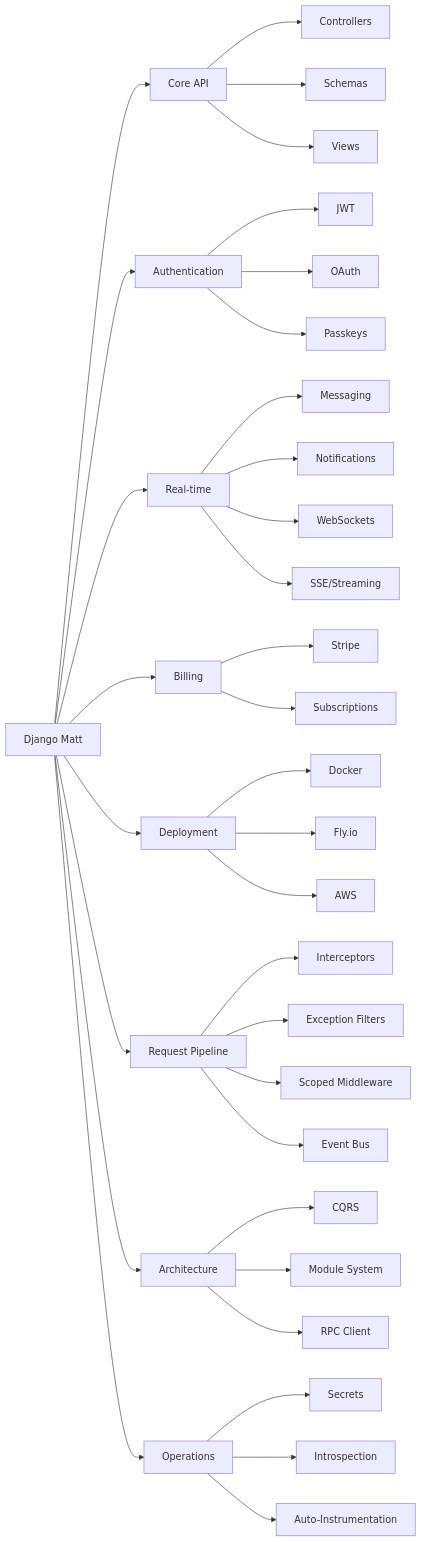
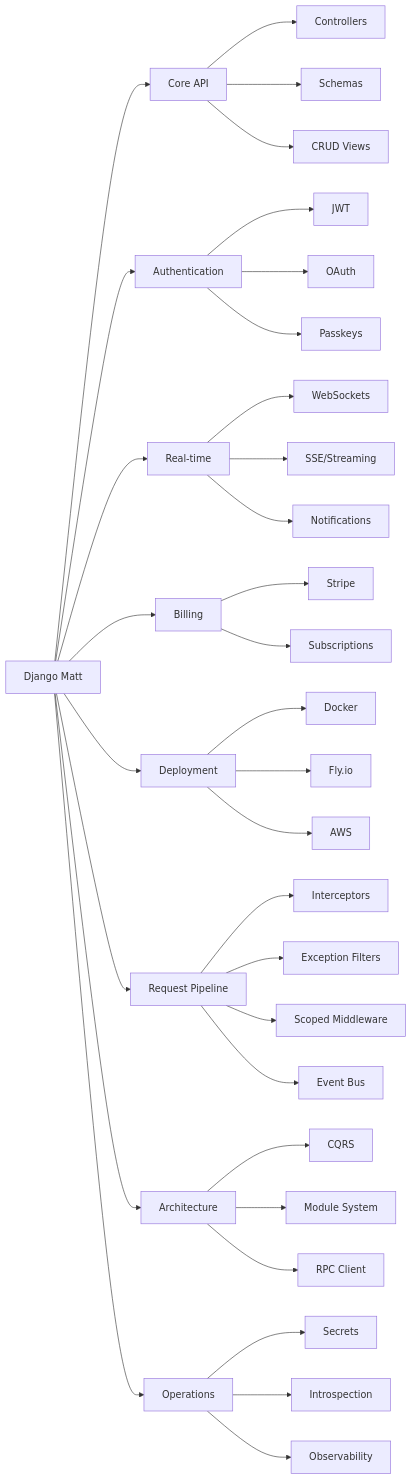
Before and after one commit to mattjaikaran/django-matt: the diagram in README.md, drawn with Mermaid. The commit also changed other lines of this file, not shown here.

````diff
--- a/README.md
+++ b/README.md
@@ -10,44 +12,43 @@
 ```mermaid
 graph LR
     A[Django Matt] --> B[Core API]
     A --> C[Authentication]
     A --> D[Real-time]
     A --> E[Billing]
     A --> F[Deployment]
     A --> G[Request Pipeline]
     A --> H[Architecture]
     A --> I[Operations]
 
     B --> B1[Controllers]
     B --> B2[Schemas]
-    B --> B3[Views]
+    B --> B3[CRUD Views]
 
     C --> C1[JWT]
     C --> C2[OAuth]
     C --> C3[Passkeys]
 
-    D --> D1[Messaging]
-    D --> D2[Notifications]
-    D --> D3[WebSockets]
-    D --> D4[SSE/Streaming]
+    D --> D1[WebSockets]
+    D --> D2[SSE/Streaming]
+    D --> D3[Notifications]
 
     E --> E1[Stripe]
     E --> E2[Subscriptions]
 
     F --> F1[Docker]
     F --> F2[Fly.io]
     F --> F3[AWS]
 
     G --> G1[Interceptors]
     G --> G2[Exception Filters]
     G --> G3[Scoped Middleware]
     G --> G4[Event Bus]
 
     H --> H1[CQRS]
     H --> H2[Module System]
     H --> H3[RPC Client]
 
     I --> I1[Secrets]
     I --> I2[Introspection]
-    I --> I3[Auto-Instrumentation]
+    I --> I3[Observability]
 ```
````
